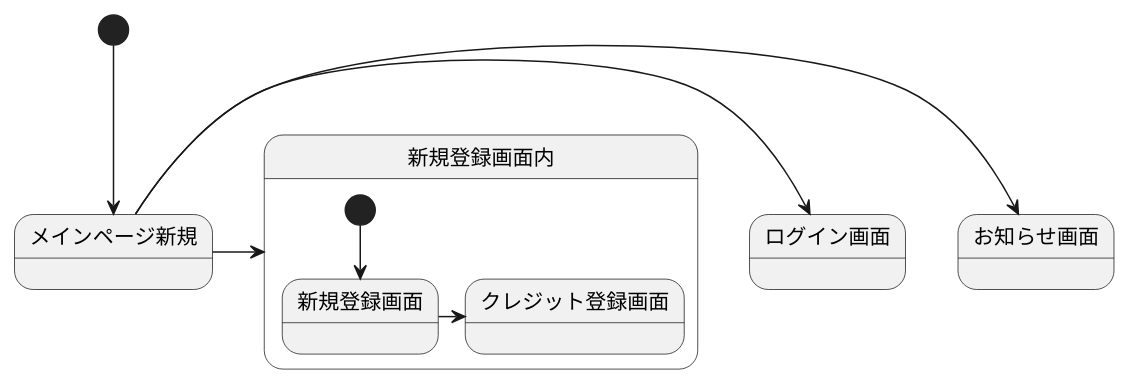
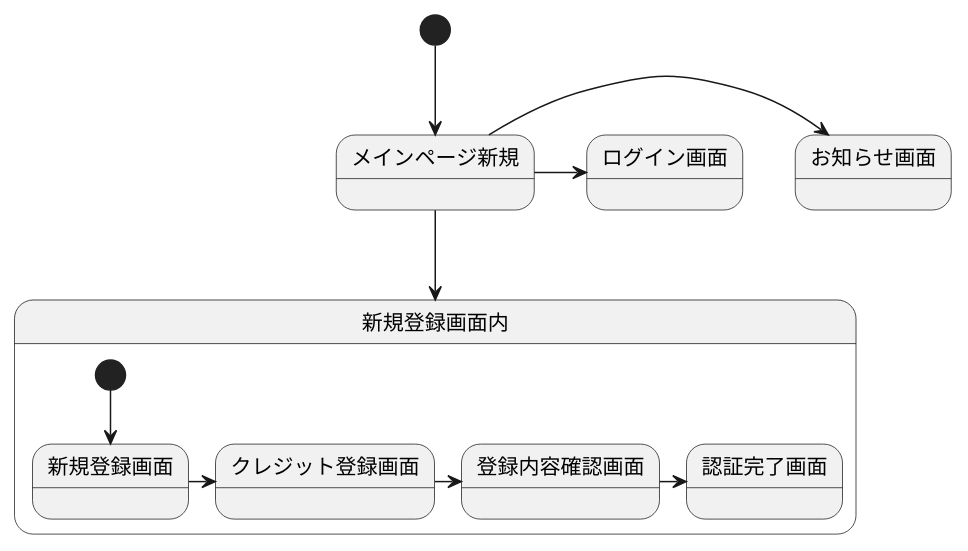
The diagram in 画面遷移図.md (Aso2001147/2021SystemDesign), drawn with PlantUML before and after one commit.

````diff
--- a/画面遷移図.md
+++ b/画面遷移図.md
@@ -1,16 +1,19 @@
 ```uml
 @startuml
 [*] --> メインページ新規
 メインページ新規 -> お知らせ画面
 メインページ新規 -> ログイン画面
-メインページ新規 -> 新規登録画面内
+メインページ新規 --> 新規登録画面内
 
 state 新規登録画面内{
 [*] --> 新規登録画面
 新規登録画面 -> クレジット登録画面
+クレジット登録画面 -> 登録内容確認画面
+登録内容確認画面 -> 認証完了画面
+
 }
 
 
 
 @enduml
 ```
````
